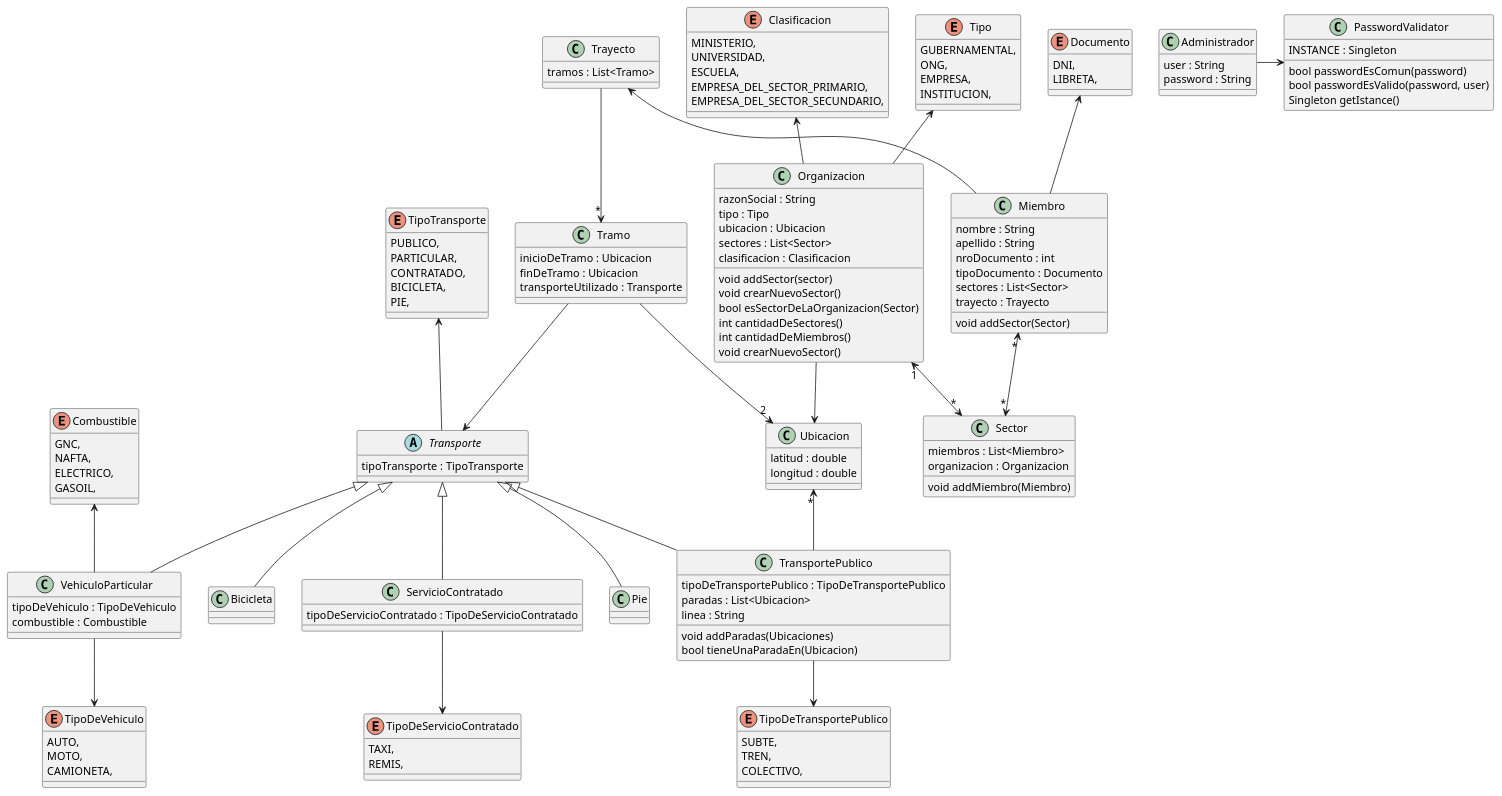
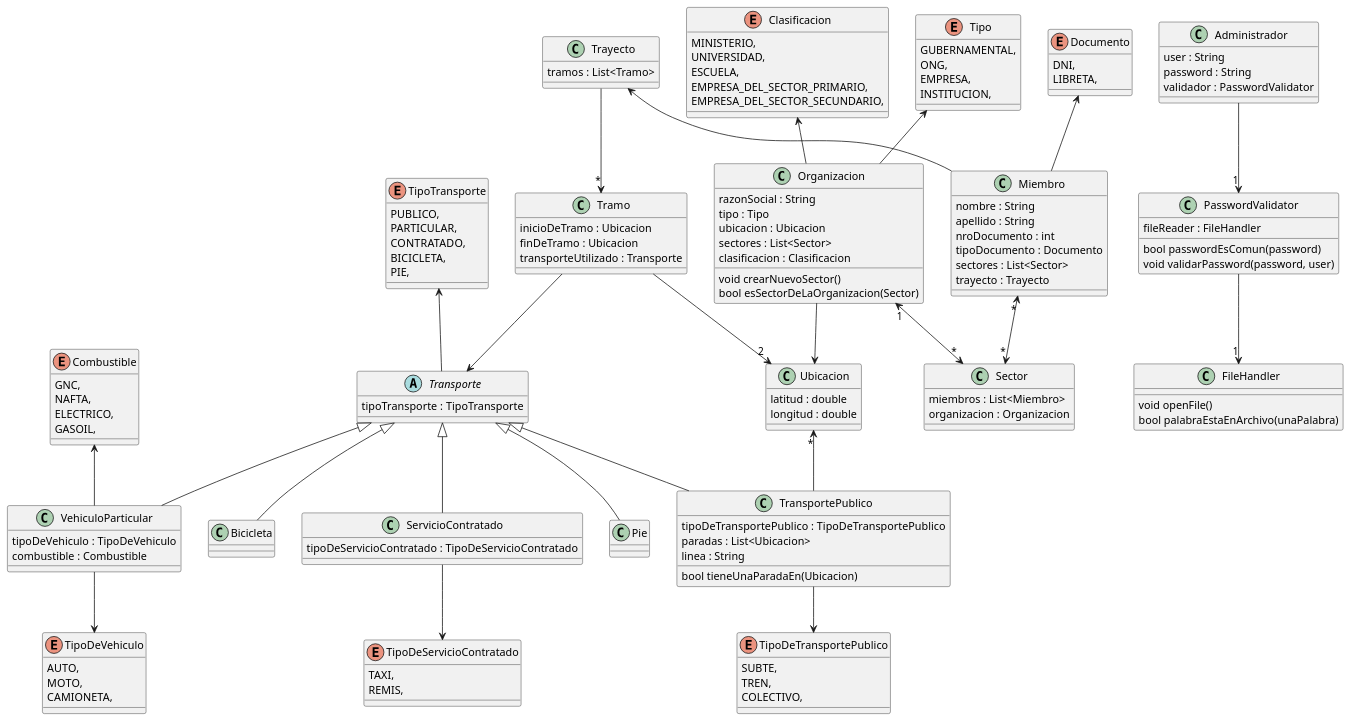
Before and after one commit to mbeorlegui/tpa-dds-2022: the diagram in Diagrama.puml, drawn with PlantUML. The commit also changed 2 other files, not shown here.

Commit message:
Borro metodos innecesarios en diagrama y arreglo la parte de administrador

```diff
--- a/Diagrama.puml
+++ b/Diagrama.puml
@@ -1,175 +1,174 @@
 @startuml TPA-1
 
 class Organizacion {
   razonSocial : String
   tipo : Tipo
   ubicacion : Ubicacion
   sectores : List<Sector>
   clasificacion : Clasificacion
-  void addSector(sector)
   void crearNuevoSector()
   bool esSectorDeLaOrganizacion(Sector)
-  int cantidadDeSectores()
-  int cantidadDeMiembros()
-  void crearNuevoSector()
 }
 
 class Ubicacion {
   latitud : double
   longitud : double
 }
 
 class Sector {
   miembros : List<Miembro>
   organizacion : Organizacion
-  void addMiembro(Miembro)
 }
 
 class Miembro {
   nombre : String
   apellido : String
   nroDocumento : int
   tipoDocumento : Documento
   sectores : List<Sector>
   trayecto : Trayecto
-  void addSector(Sector)
 }
 ' Ponemos lista de sectores en el Miembro
 ' y que cada sector conozca su organizacion,
 ' de forma tal que el miembro pueda acceder a su
 ' organizacion mediante el sector
 
 enum Documento {
   DNI,
   LIBRETA,
 }
 
 enum Tipo {
   GUBERNAMENTAL,
   ONG,
   EMPRESA,
   INSTITUCION,
 }
 
 enum Clasificacion {
   MINISTERIO,
   UNIVERSIDAD,
   ESCUELA,
   EMPRESA_DEL_SECTOR_PRIMARIO,
   EMPRESA_DEL_SECTOR_SECUNDARIO,
 }
 
 ' Usamos strategy para los medios de transportes
 abstract class Transporte {
   tipoTransporte : TipoTransporte
 }
 
 enum TipoTransporte {
   PUBLICO,
   PARTICULAR,
   CONTRATADO,
   BICICLETA,
   PIE,
 }
 
 class VehiculoParticular {
   tipoDeVehiculo : TipoDeVehiculo
   combustible : Combustible
 }
 
 class TransportePublico {
   tipoDeTransportePublico : TipoDeTransportePublico
   paradas : List<Ubicacion>
   linea : String
-  void addParadas(Ubicaciones)
   bool tieneUnaParadaEn(Ubicacion)
 }
 
 class ServicioContratado {
   tipoDeServicioContratado : TipoDeServicioContratado
 }
 
 ' Se refiere a caminar o a bicicleta
 class Pie {
 
 }
 
 class Bicicleta {
 
 }
 
 
 enum TipoDeTransportePublico {
   SUBTE,
   TREN,
   COLECTIVO,
 }
 
 enum TipoDeVehiculo {
   AUTO,
   MOTO,
   CAMIONETA,
 }
 
 enum TipoDeServicioContratado{
   TAXI,
   REMIS,
 }
 
 enum Combustible {
   GNC,
   NAFTA,
   ELECTRICO,
   GASOIL,
 }
 
 class Tramo {
   inicioDeTramo : Ubicacion
   finDeTramo : Ubicacion
   transporteUtilizado : Transporte
 }
 
 class Trayecto {
   tramos : List<Tramo>
 }
 
 class Administrador {
   user : String
   password : String
+  validador : PasswordValidator 
 }
 
 class PasswordValidator {
-  INSTANCE : Singleton
   bool passwordEsComun(password)
-  bool passwordEsValido(password, user)
-  Singleton getIstance()
+  void validarPassword(password, user)
+  fileReader : FileHandler
+}
+
+class FileHandler {
+  void openFile()
+  bool palabraEstaEnArchivo(unaPalabra)
 }
 
 Miembro "*"<-->"*" Sector
 Organizacion -up-> Tipo
 Organizacion -up-> Clasificacion
 Organizacion --> Ubicacion
 Organizacion "1"<-->"*" Sector
 Miembro -up-> Documento
 
 Trayecto --> "*" Tramo
 Trayecto <-- Miembro
 Tramo --> Transporte
 Tramo -->"2" Ubicacion
 
 Transporte -up-> TipoTransporte
 TransportePublico -up->"*" Ubicacion
 TransportePublico --> TipoDeTransportePublico
 VehiculoParticular -down-> TipoDeVehiculo
 VehiculoParticular -up-> Combustible
 ServicioContratado -down-> TipoDeServicioContratado
 TransportePublico -up-|> Transporte
 VehiculoParticular -up-|> Transporte
 Pie -up-|> Transporte
 Bicicleta -up-|> Transporte
 ServicioContratado -up-|> Transporte
 
-Administrador -right-> PasswordValidator
+Administrador -down->"1" PasswordValidator
+PasswordValidator -down->"1" FileHandler
 
-'PasswordValidator .up.>
+
 @enduml
```
